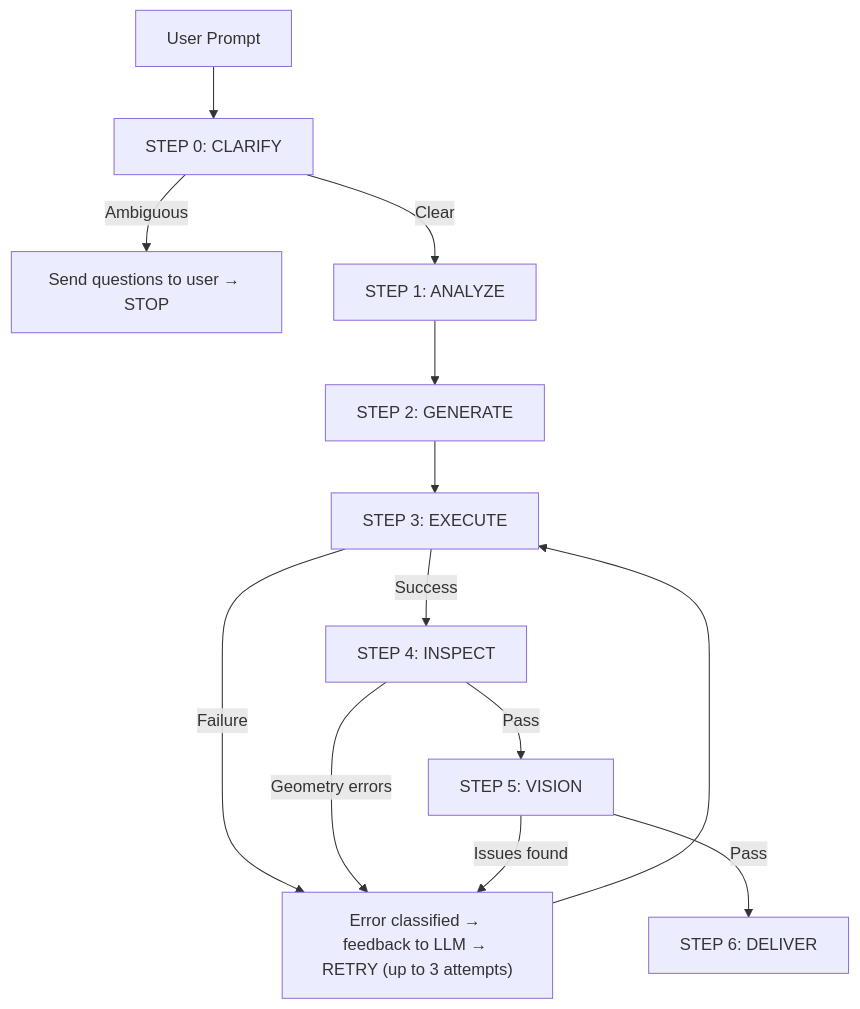
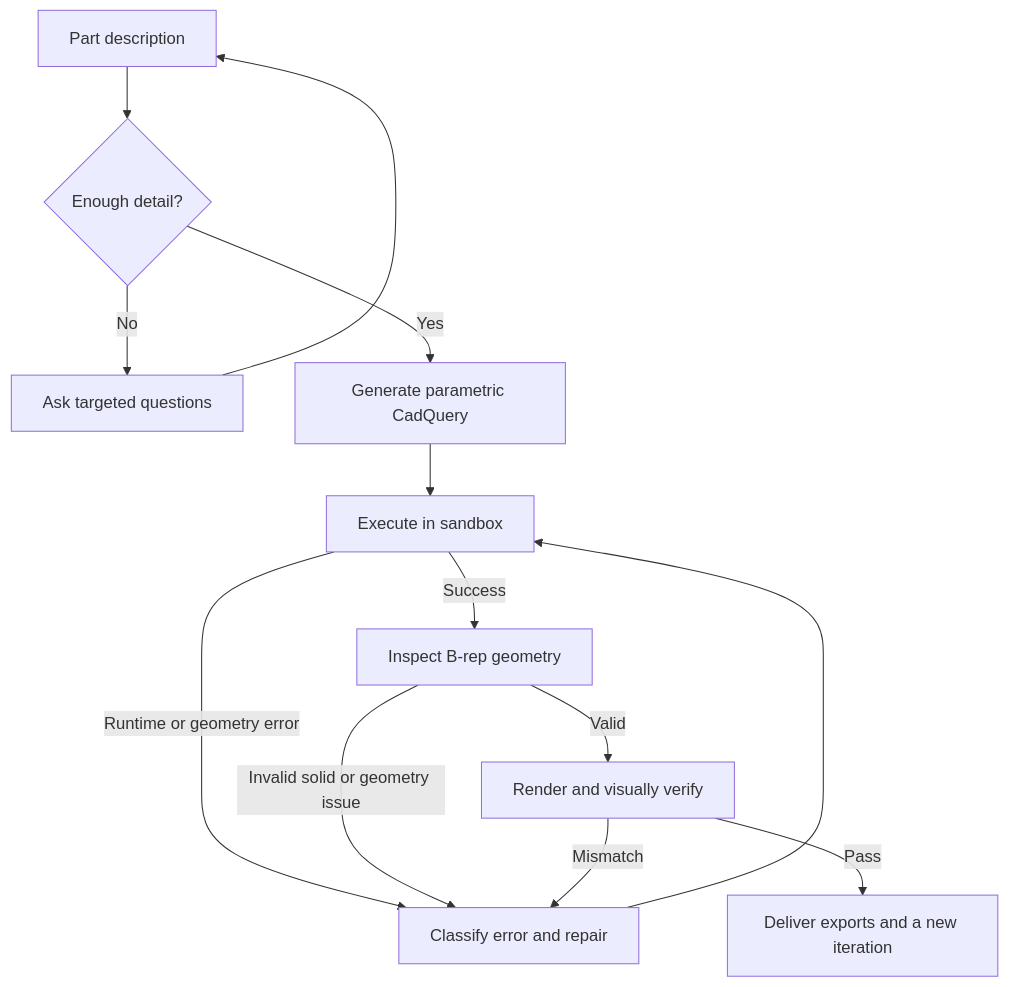
Before and after one commit to ashishexee/chamfer-ai: the first of 2 diagrams in README.md, drawn with Mermaid. The commit also changed other lines of this file, not shown here.

First line of the commit message:
docs: refocus README on the CAD workflow and product

````diff
--- a/README.md
+++ b/README.md
@@ -300,15 +71,15 @@
 ```mermaid
-graph TD
-    A["User Prompt"] --> B["STEP 0: CLARIFY"]
-    B -->|"Ambiguous"| BQ["Send questions to user → STOP"]
-    B -->|"Clear"| C["STEP 1: ANALYZE"]
-    C --> D["STEP 2: GENERATE"]
-    D --> E["STEP 3: EXECUTE"]
-    E -->|"Failure"| ERR["Error classified → feedback to LLM → RETRY (up to 3 attempts)"]
-    ERR --> E
-    E -->|"Success"| F["STEP 4: INSPECT"]
-    F -->|"Geometry errors"| ERR
-    F -->|"Pass"| G["STEP 5: VISION"]
-    G -->|"Issues found"| ERR
-    G -->|"Pass"| H["STEP 6: DELIVER"]
+flowchart TD
+    A["Part description"] --> B{"Enough detail?"}
+    B -->|No| C["Ask targeted questions"]
+    C --> A
+    B -->|Yes| D["Generate parametric CadQuery"]
+    D --> E["Execute in sandbox"]
+    E -->|Runtime or geometry error| F["Classify error and repair"]
+    F --> E
+    E -->|Success| G["Inspect B-rep geometry"]
+    G -->|Invalid solid or geometry issue| F
+    G -->|Valid| H["Render and visually verify"]
+    H -->|Mismatch| F
+    H -->|Pass| I["Deliver exports and a new iteration"]
 ```
````
